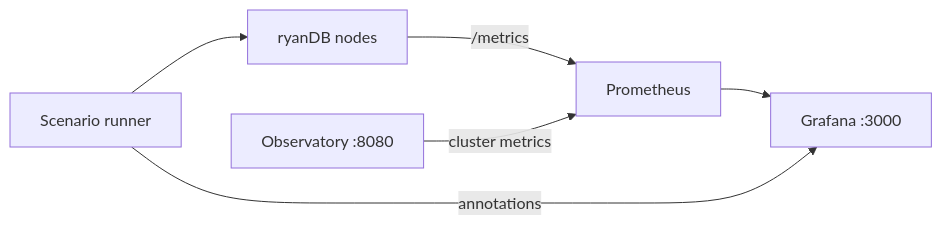
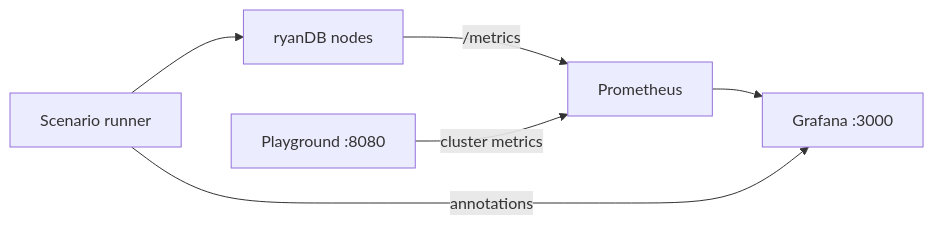
One commit to ryanssenn/quorum changed the diagram in docs/observability.md. Above: the diagram before and after it, drawn with Mermaid. The commit also changed other lines of this file and 54 other files, not shown here.

First line of the commit message:
Replace observatory with playground stress-test UI and Grafana charts.

````diff
--- a/docs/observability.md
+++ b/docs/observability.md
@@ -7,8 +7,8 @@
 ```mermaid
 flowchart LR
   Scenarios[Scenario runner] --> Nodes[ryanDB nodes]
   Nodes -->|"/metrics"| Prom[Prometheus]
-  Observatory[Observatory :8080] -->|cluster metrics| Prom
+  Playground[Playground :8080] -->|cluster metrics| Prom
   Prom --> Graf[Grafana :3000]
   Scenarios -->|annotations| Graf
 ```
````
